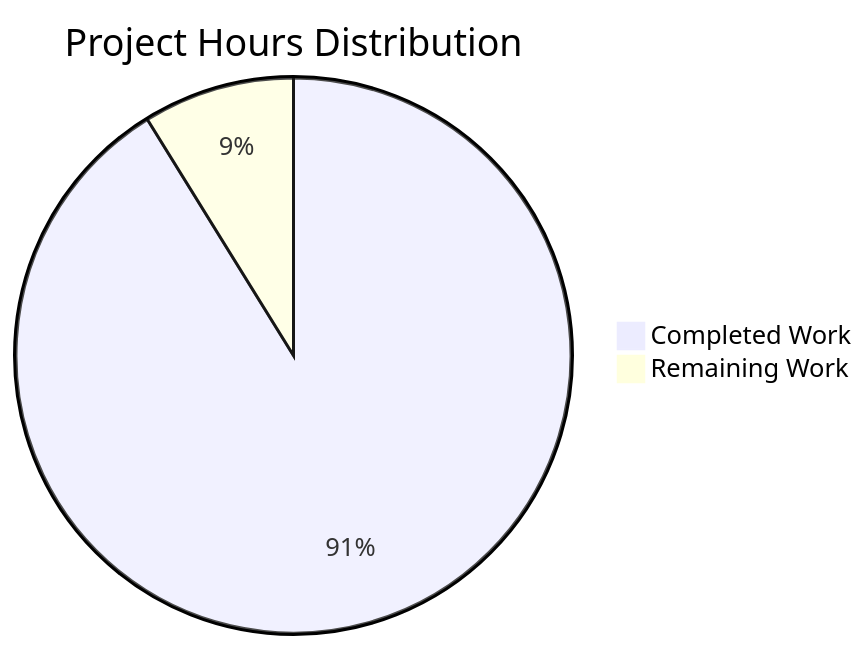
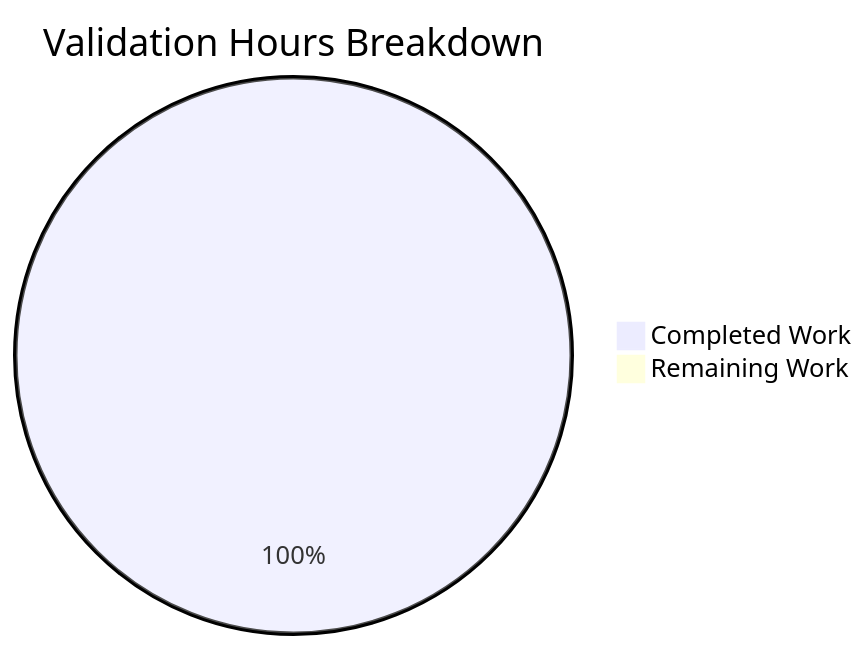
One commit to blitzy-public-samples/blitzy-WebVella-ERP changed the diagram in blitzy/documentation/Project Guide.md. Above: the diagram before and after it, drawn with Mermaid. The commit also changed other lines of this file, not shown here.

Commit message:
Adding Blitzy Project Guide: Project Status and Human Tasks Remaining

````diff
--- a/blitzy/documentation/Project Guide.md
+++ b/blitzy/documentation/Project Guide.md
@@ -93,5 +74,5 @@
 ```mermaid
-pie title Project Hours Distribution
-    "Completed Work" : 31
-    "Remaining Work" : 3
+pie title Validation Hours Breakdown
+    "Completed Work" : 1
+    "Remaining Work" : 0
 ```
````
